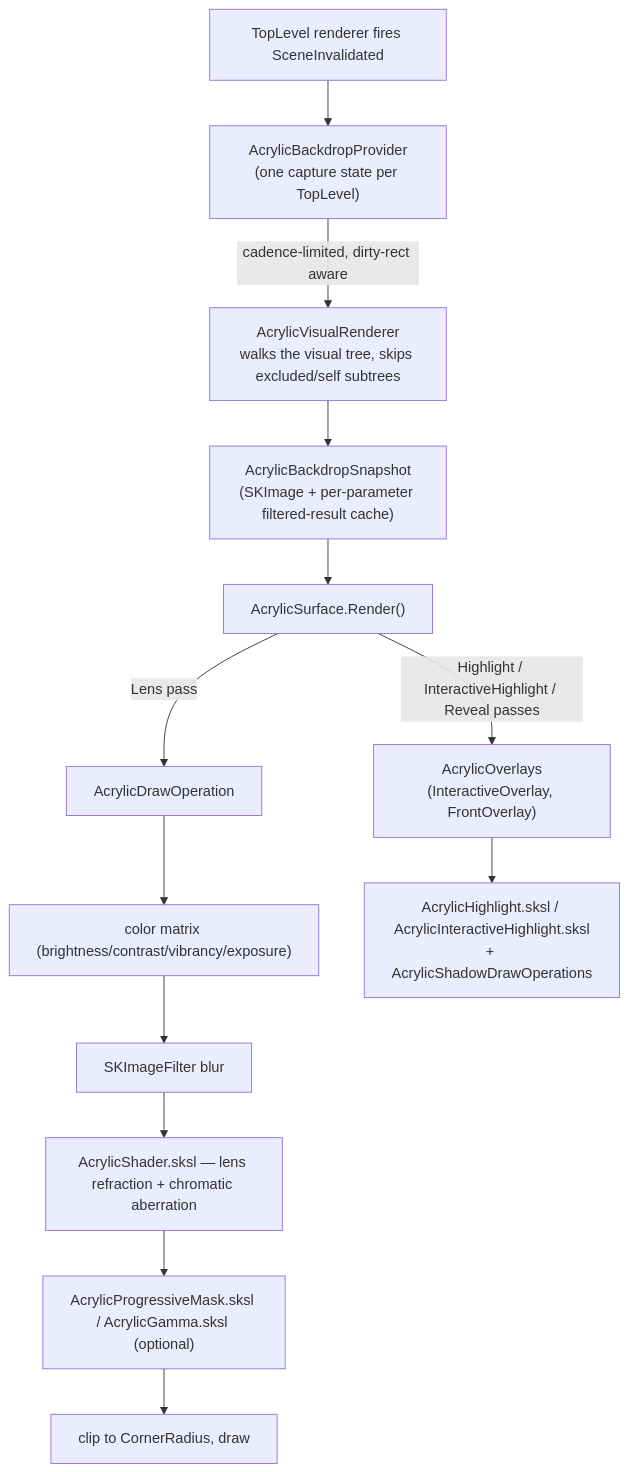
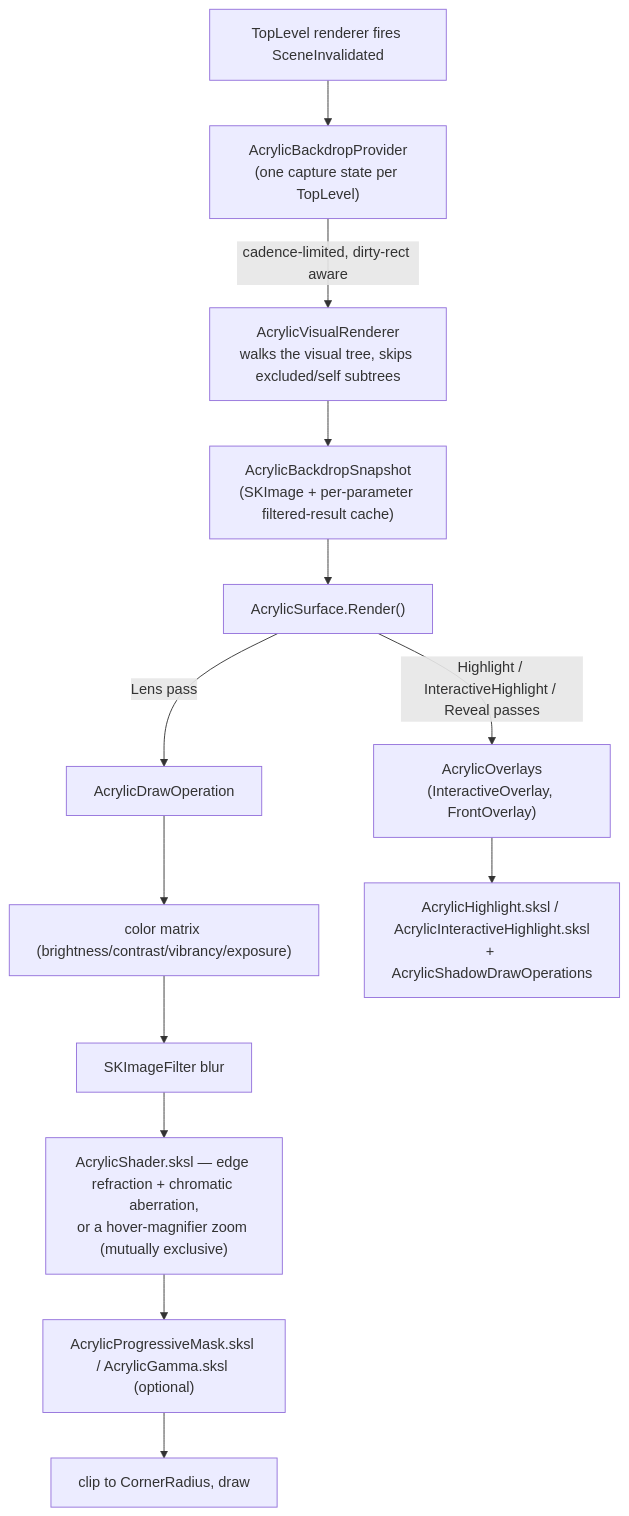
Before and after one commit to Alpaq92/Fluid.Avalonia.Acrylic: the diagram in docs/ARCHITECTURE.md, drawn with Mermaid. The commit also changed other lines of this file and 7 other files, not shown here.

````diff
--- a/docs/ARCHITECTURE.md
+++ b/docs/ARCHITECTURE.md
@@ -37,15 +39,15 @@
 ```mermaid
 flowchart TD
     A["TopLevel renderer fires SceneInvalidated"] --> B["AcrylicBackdropProvider\n(one capture state per TopLevel)"]
     B -->|"cadence-limited, dirty-rect aware"| C["AcrylicVisualRenderer\nwalks the visual tree, skips excluded/self subtrees"]
     C --> D["AcrylicBackdropSnapshot\n(SKImage + per-parameter filtered-result cache)"]
     D --> E["AcrylicSurface.Render()"]
     E -->|"Lens pass"| F["AcrylicDrawOperation"]
     F --> G["color matrix (brightness/contrast/vibrancy/exposure)"]
     G --> H["SKImageFilter blur"]
-    H --> I["AcrylicShader.sksl — lens refraction + chromatic aberration"]
+    H --> I["AcrylicShader.sksl — edge refraction + chromatic aberration,\nor a hover-magnifier zoom (mutually exclusive)"]
     I --> J["AcrylicProgressiveMask.sksl / AcrylicGamma.sksl (optional)"]
     J --> K["clip to CornerRadius, draw"]
     E -->|"Highlight / InteractiveHighlight / Reveal passes"| L["AcrylicOverlays\n(InteractiveOverlay, FrontOverlay)"]
     L --> M["AcrylicHighlight.sksl / AcrylicInteractiveHighlight.sksl\n+ AcrylicShadowDrawOperations"]
 ```
````
